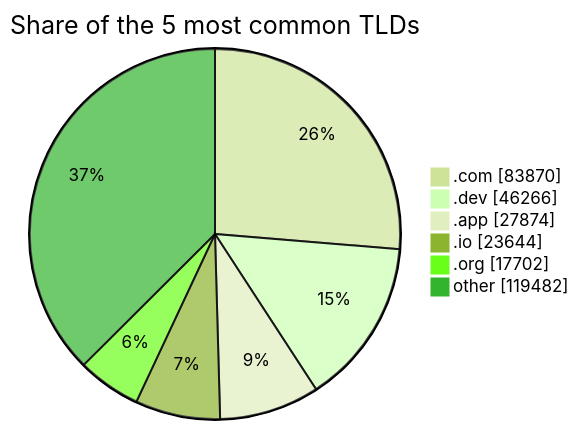
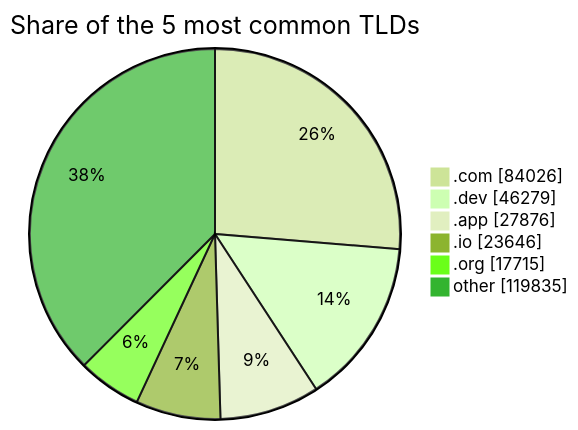
Before and after one commit to DNSBunker/CTI: the third of 3 diagrams in README.md, drawn with Mermaid (forest theme). The commit also changed other lines of this file and 3 other files, not shown here.

````diff
--- a/README.md
+++ b/README.md
@@ -81,9 +81,9 @@
 ```mermaid
 pie showData title Share of the 5 most common TLDs
-    ".com" : 83870
-    ".dev" : 46266
-    ".app" : 27874
-    ".io" : 23644
-    ".org" : 17702
-    "other" : 119482
+    ".com" : 84026
+    ".dev" : 46279
+    ".app" : 27876
+    ".io" : 23646
+    ".org" : 17715
+    "other" : 119835
 ```
````
